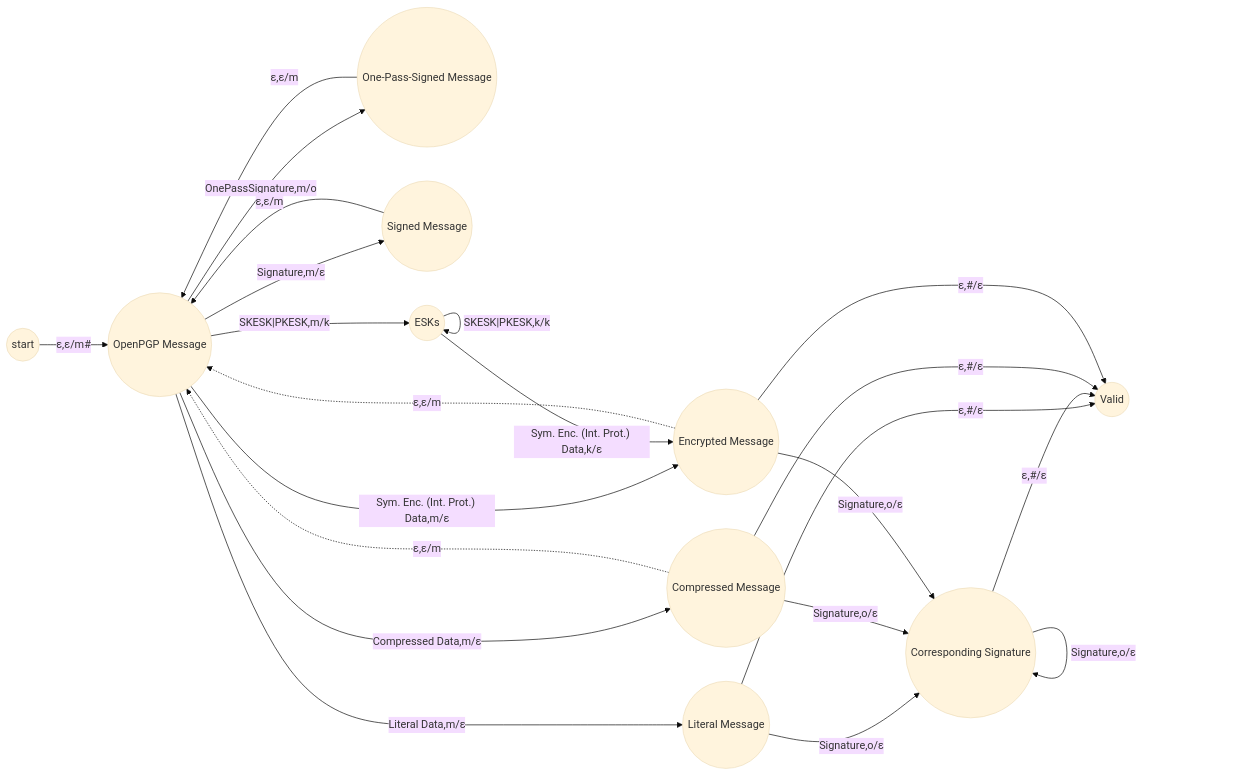
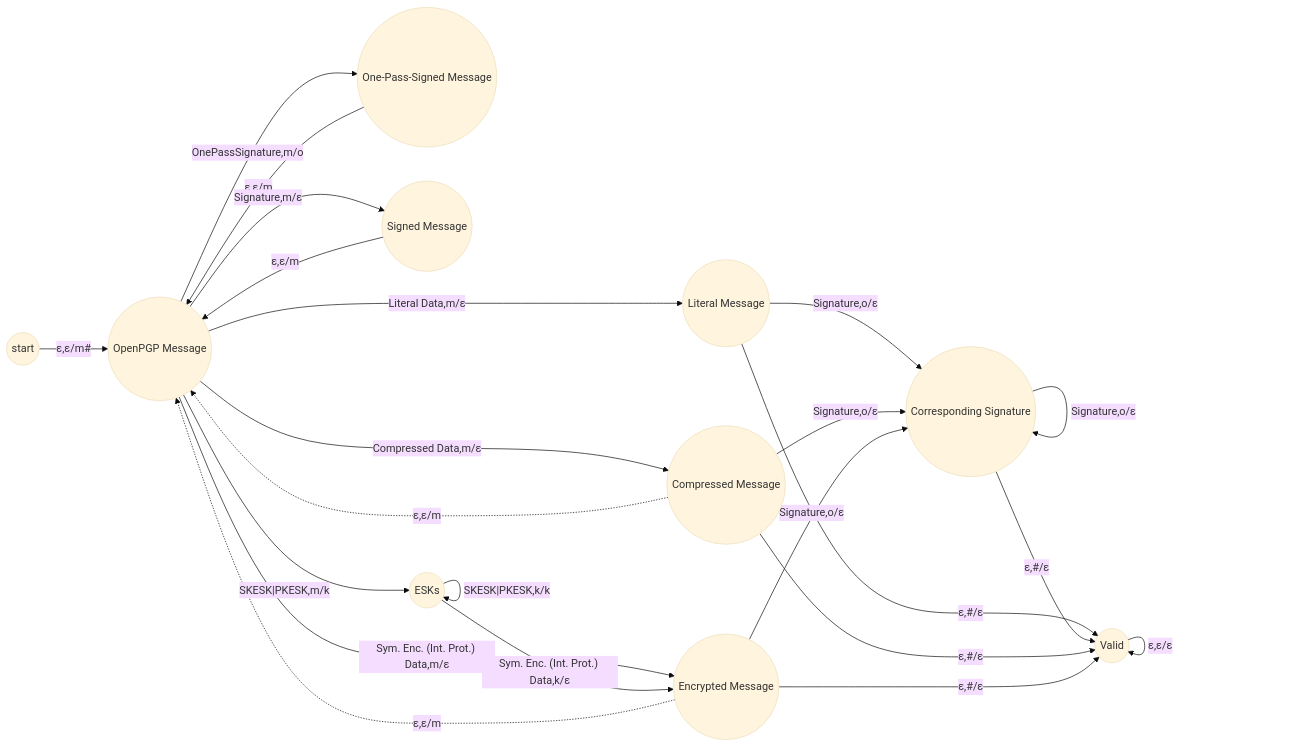
One commit to pgpainless/pgpainless changed the diagram in misc/OpenPGPMessageFormat.md. Above: the diagram before and after it, drawn with Mermaid (base theme).

Commit message:
Add missing accept rule to message format diagram

````diff
--- a/misc/OpenPGPMessageFormat.md
+++ b/misc/OpenPGPMessageFormat.md
@@ -47,24 +47,25 @@
 ```mermaid
 graph LR
     start((start)) -- "ε,ε/m#" --> pgpmsg((OpenPGP Message))
     pgpmsg -- "Literal Data,m/ε" --> literal((Literal Message))
     literal -- "ε,#/ε" --> accept((Valid))
     literal -- "Signature,o/ε" --> sig4ops((Corresponding Signature))
     sig4ops -- "Signature,o/ε" --> sig4ops
     sig4ops -- "ε,#/ε" --> accept
     pgpmsg -- "OnePassSignature,m/o" --> ops((One-Pass-Signed Message))
     ops -- "ε,ε/m" --> pgpmsg
     pgpmsg -- "Signature,m/ε" --> signed((Signed Message))
     signed -- "ε,ε/m" --> pgpmsg
     pgpmsg -- "Compressed Data,m/ε" --> comp((Compressed Message))
     comp -. "ε,ε/m" .-> pgpmsg
     comp -- "ε,#/ε" --> accept
     comp -- "Signature,o/ε" --> sig4ops
     pgpmsg -- "SKESK|PKESK,m/k" --> esks((ESKs))
     pgpmsg -- "Sym. Enc. (Int. Prot.) Data,m/ε" --> enc
     esks -- "SKESK|PKESK,k/k" --> esks
     esks -- "Sym. Enc. (Int. Prot.) Data,k/ε" --> enc((Encrypted Message))
     enc -. "ε,ε/m" .-> pgpmsg
     enc -- "ε,#/ε" --> accept
     enc -- "Signature,o/ε" --> sig4ops
+    accept -- "ε,ε/ε" --> accept
 ```
````
